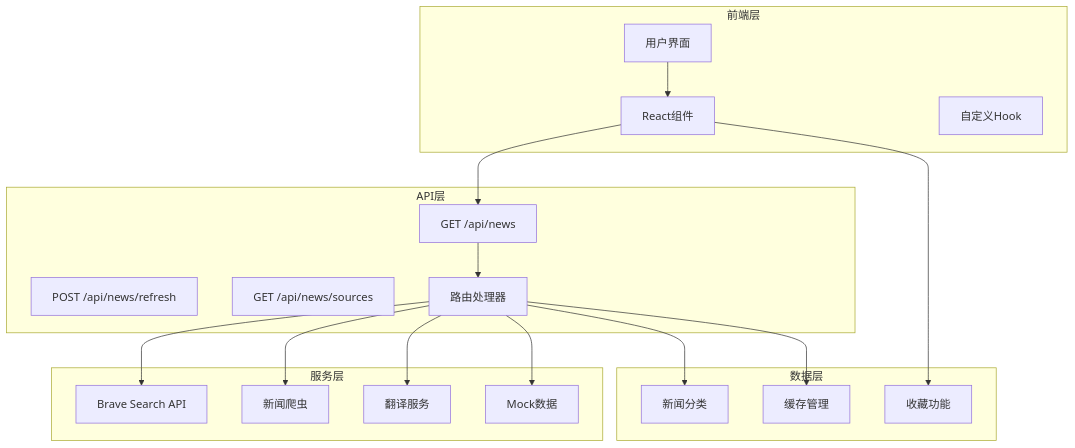
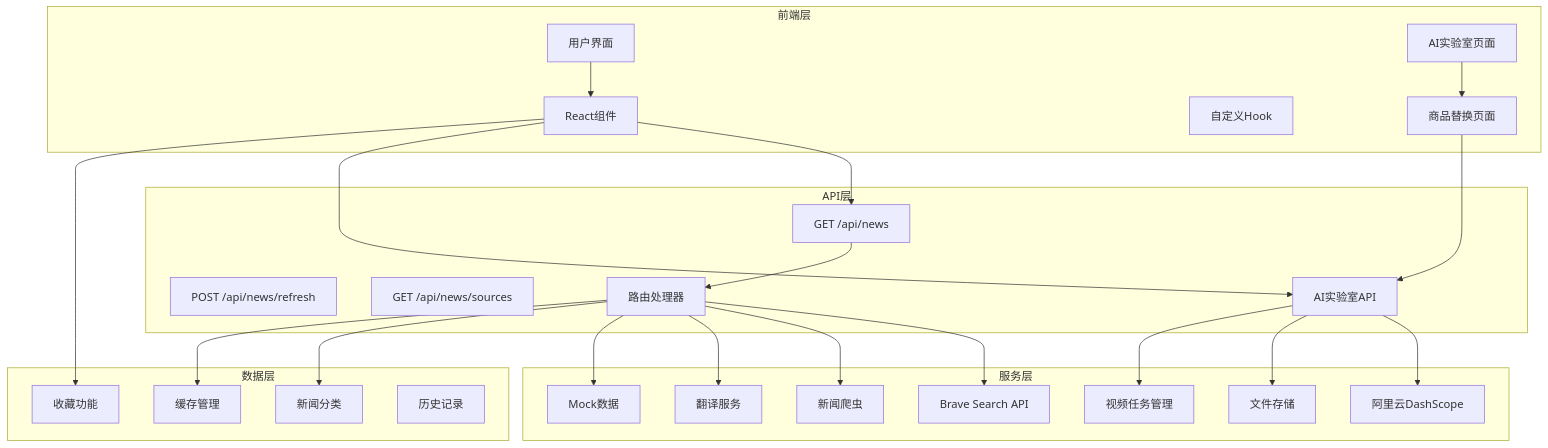
Before and after one commit to zuozuoliu740-cmd/xianxiong-news: the first of 8 diagrams in .qoder/repowiki/zh/content/API接口文档.md, drawn with Mermaid. The commit also changed other lines of this file and 6 other files, not shown here.

````diff
--- a/.qoder/repowiki/zh/content/API接口文档.md
+++ b/.qoder/repowiki/zh/content/API接口文档.md
@@ -56,35 +74,48 @@
 ```mermaid
 graph TB
 subgraph "前端层"
 UI[用户界面]
 Components[React组件]
 Hooks[自定义Hook]
+AILab[AI实验室页面]
+ProductSwap[商品替换页面]
 end
 subgraph "API层"
 NewsRoute[GET /api/news]
 RefreshRoute[POST /api/news/refresh]
 SourcesRoute[GET /api/news/sources]
+AILabRoutes[AI实验室API]
 RouteHandler[路由处理器]
 end
 subgraph "服务层"
 BraveSearch[Brave Search API]
 NewsScraper[新闻爬虫]
 Translator[翻译服务]
+DashScope[阿里云DashScope]
+Storage[文件存储]
+VideoTasks[视频任务管理]
 MockData[Mock数据]
 end
 subgraph "数据层"
 Categories[新闻分类]
 Favorites[收藏功能]
 Cache[缓存管理]
+History[历史记录]
 end
 UI --> Components
 Components --> NewsRoute
+Components --> AILabRoutes
+AILabRoutes --> DashScope
+AILabRoutes --> Storage
+AILabRoutes --> VideoTasks
 NewsRoute --> RouteHandler
 RouteHandler --> BraveSearch
 RouteHandler --> NewsScraper
 RouteHandler --> Translator
 RouteHandler --> MockData
 RouteHandler --> Categories
 RouteHandler --> Cache
 Components --> Favorites
+AILab --> ProductSwap
+ProductSwap --> AILabRoutes
 ```
````
